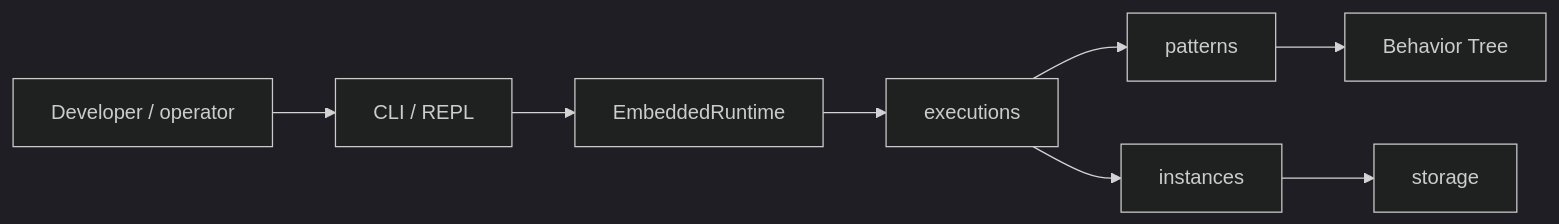
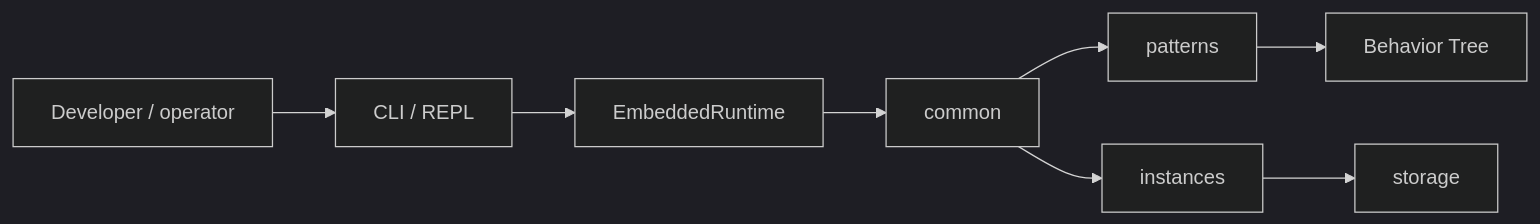
Before and after one commit to JGabrielGruber/palmengine: the first of 2 diagrams in README.md, drawn with Mermaid (dark theme). The commit also changed other lines of this file and 52 other files, not shown here.

````diff
--- a/README.md
+++ b/README.md
@@ -34,10 +34,10 @@
 ```mermaid
 flowchart LR
     User[Developer / operator] --> CLI[CLI / REPL]
     CLI --> ER[EmbeddedRuntime]
-    ER --> EX[executions]
-    EX --> PAT[patterns]
-    EX --> INST[instances]
+    ER --> CM[common]
+    CM --> PAT[patterns]
+    CM --> INST[instances]
     PAT --> BT[Behavior Tree]
     INST --> STO[storage]
 ```
````
